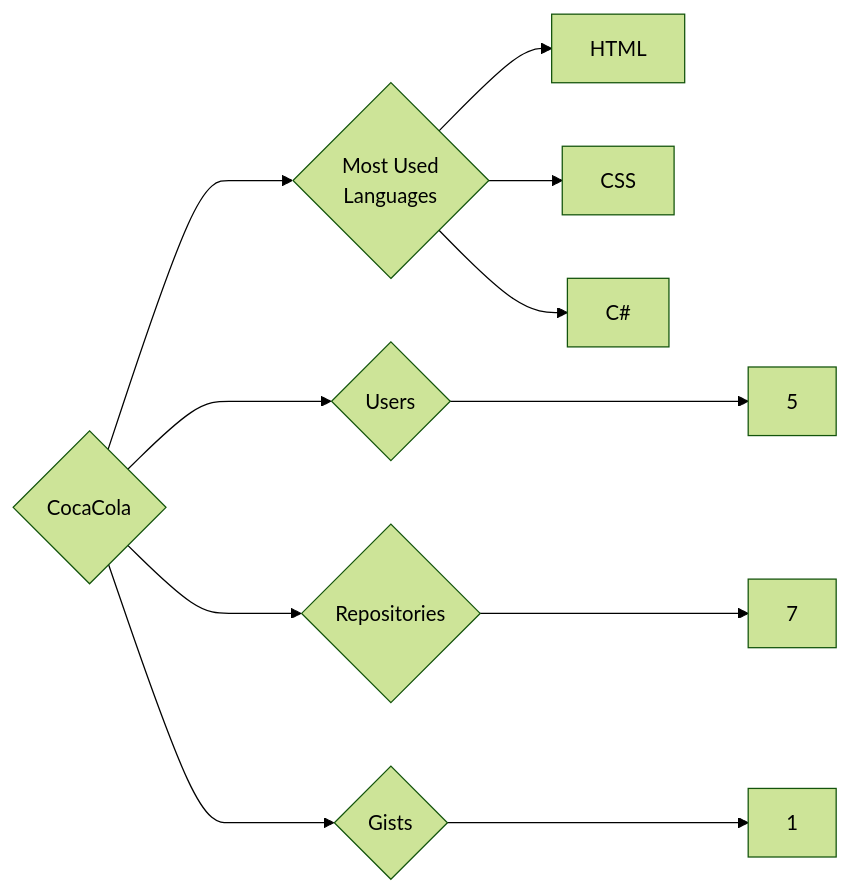
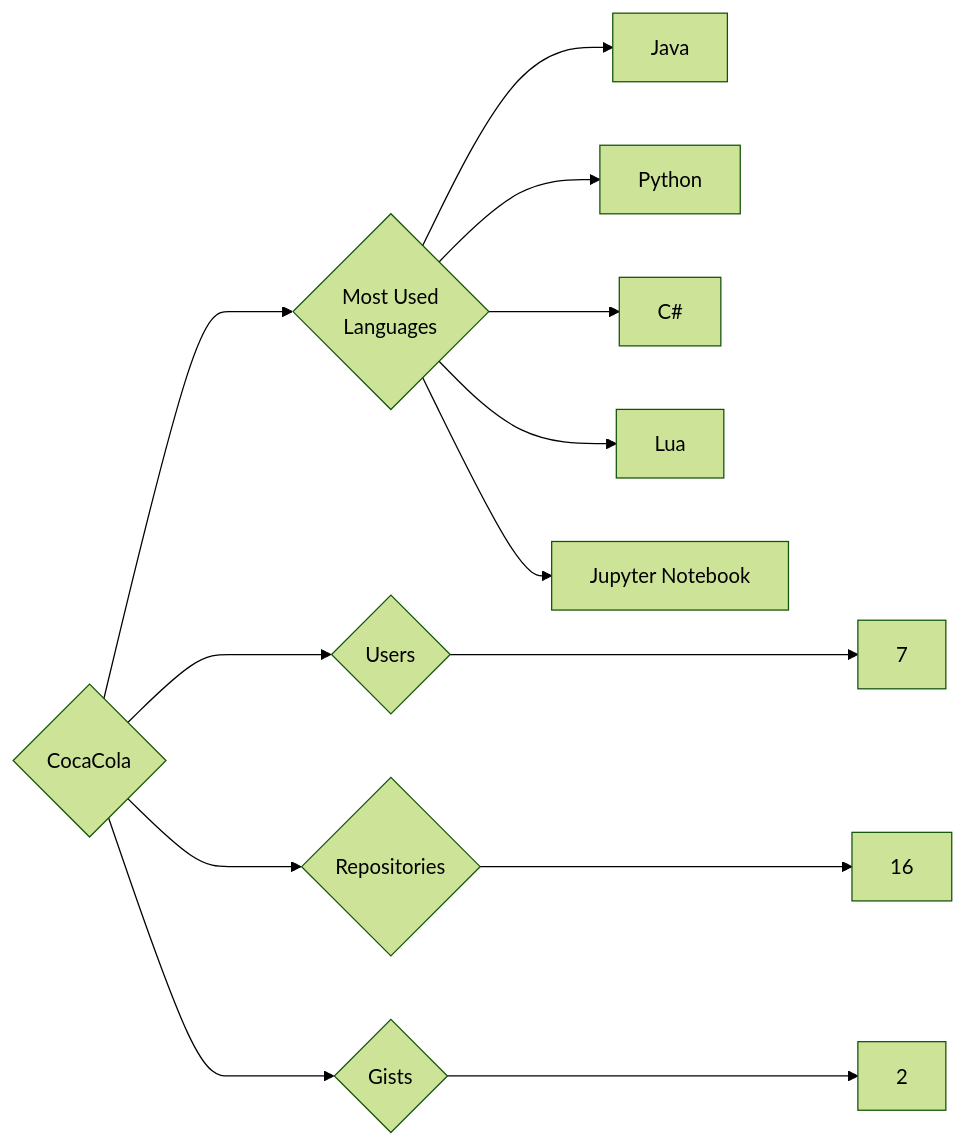
One commit to trickest/insiders changed the diagram in targets/CocaCola/README.md. Above: the diagram before and after it, drawn with Mermaid (forest theme). The commit also changed 1023 other files, not shown here.

````diff
--- a/targets/CocaCola/README.md
+++ b/targets/CocaCola/README.md
@@ -3,11 +3,13 @@
 ```mermaid
 graph LR
 COMPANY_NAME{CocaCola}
-COMPANY_NAME ---> U{Users} ---> UN[5]
-COMPANY_NAME ---> R{Repositories} ---> RN[7]
-COMPANY_NAME ---> G{Gists} ---> GN[1]
+COMPANY_NAME ---> U{Users} ---> UN[7]
+COMPANY_NAME ---> R{Repositories} ---> RN[16]
+COMPANY_NAME ---> G{Gists} ---> GN[2]
 COMPANY_NAME ---> ML{Most Used<br>Languages}
-ML --> HTML[HTML]
-ML --> CSS[CSS]
+ML --> Java[Java]
+ML --> Python[Python]
 ML --> C#[C#]
+ML --> Lua[Lua]
+ML --> Jupyter_Notebook[Jupyter Notebook]
 ```
````
